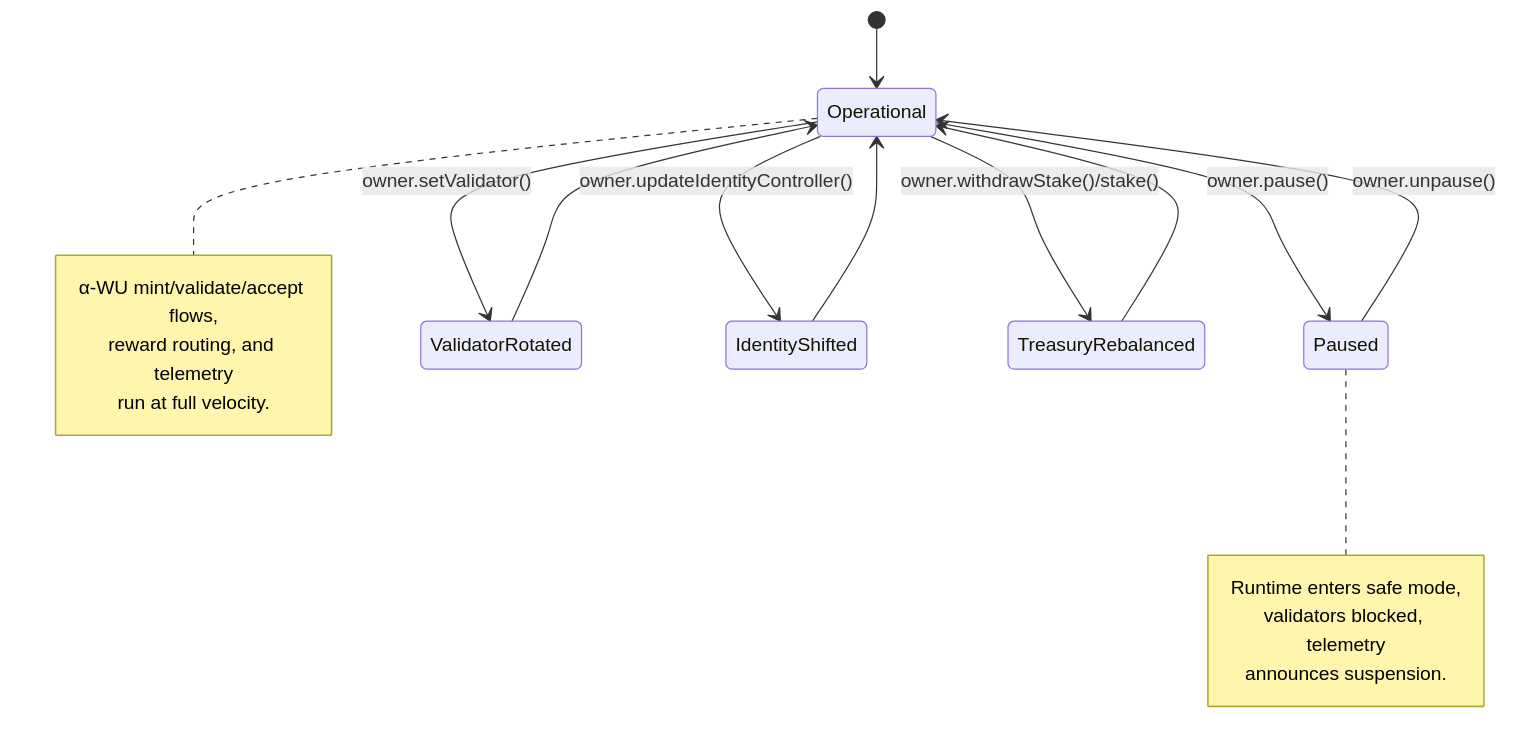
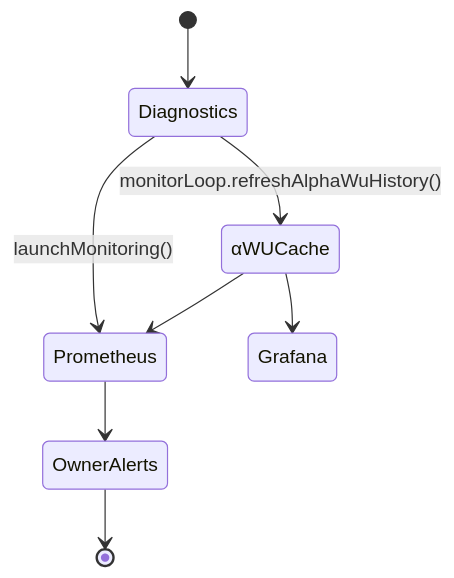
One commit to MontrealAI/AGI-Alpha-Node-v0 changed the fourth of 4 diagrams in README.md. Above: the diagram before and after it, drawn with Mermaid. The commit also changed other lines of this file and 9 other files, not shown here.

Commit message:
Add runtime metering service with execution binding and telemetry

````diff
--- a/README.md
+++ b/README.md
@@ -209,27 +204,13 @@
 ```mermaid
 stateDiagram-v2
-  classDef owner fill:#0f172a,stroke:#38bdf8,color:#e0f2fe;
-  classDef ledger fill:#111827,stroke:#f97316,color:#f8fafc;
+  classDef metric fill:#0f172a,stroke:#a855f7,color:#ede9fe;
+  classDef gate fill:#1f2937,stroke:#38bdf8,color:#e0f2fe;
 
-  [*] --> Operational
-  Operational --> Paused: owner.pause()
-  Paused --> Operational: owner.unpause()
-  Operational --> ValidatorRotated: owner.setValidator()
-  ValidatorRotated --> Operational
-  Operational --> IdentityShifted: owner.updateIdentityController()
-  IdentityShifted --> Operational
-  Operational --> TreasuryRebalanced: owner.withdrawStake()/stake()
-  TreasuryRebalanced --> Operational
-
-  note right of Operational
-    α-WU mint/validate/accept flows,
-    reward routing, and telemetry
-    run at full velocity.
-  end note
-
-  note right of Paused
-    Runtime enters safe mode,
-    validators blocked, telemetry
-    announces suspension.
-  end note
+  [*] --> Diagnostics
+  Diagnostics --> αWUCache: monitorLoop.refreshAlphaWuHistory()
+  Diagnostics --> Prometheus: launchMonitoring()
+  αWUCache --> Prometheus
+  αWUCache --> Grafana
+  Prometheus --> OwnerAlerts
+  OwnerAlerts --> [*]
 ```
````
